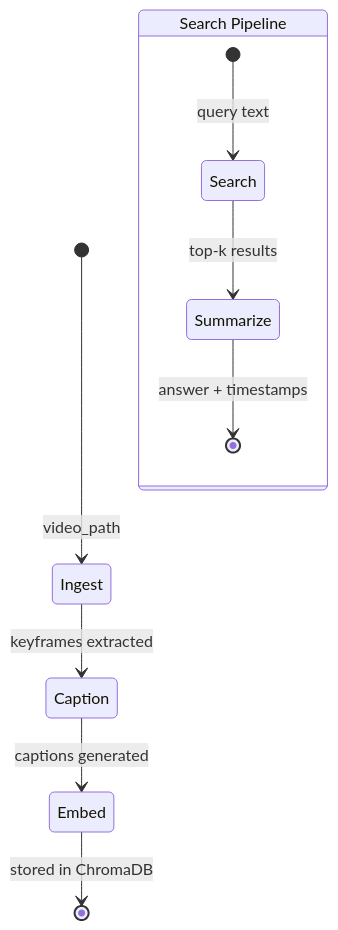
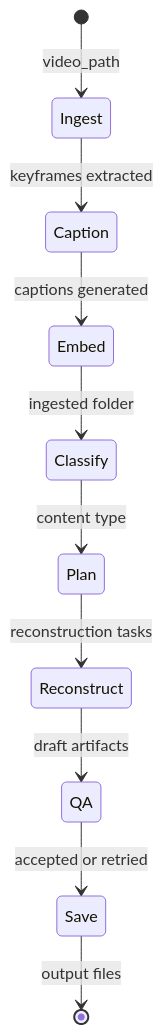
The second of 2 diagrams in README.md (sw30labs/screen-lens), drawn with Mermaid before and after one commit. The commit also changed other lines of this file and 7 other files, not shown here.

````diff
--- a/README.md
+++ b/README.md
@@ -42,13 +40,12 @@
 ```mermaid
 stateDiagram-v2
     [*] --> Ingest: video_path
     Ingest --> Caption: keyframes extracted
     Caption --> Embed: captions generated
-    Embed --> [*]: stored in ChromaDB
-
-    state "Search Pipeline" as search {
-        [*] --> Search: query text
-        Search --> Summarize: top-k results
-        Summarize --> [*]: answer + timestamps
-    }
+    Embed --> Classify: ingested folder
+    Classify --> Plan: content type
+    Plan --> Reconstruct: reconstruction tasks
+    Reconstruct --> QA: draft artifacts
+    QA --> Save: accepted or retried
+    Save --> [*]: output files
 ```
````
